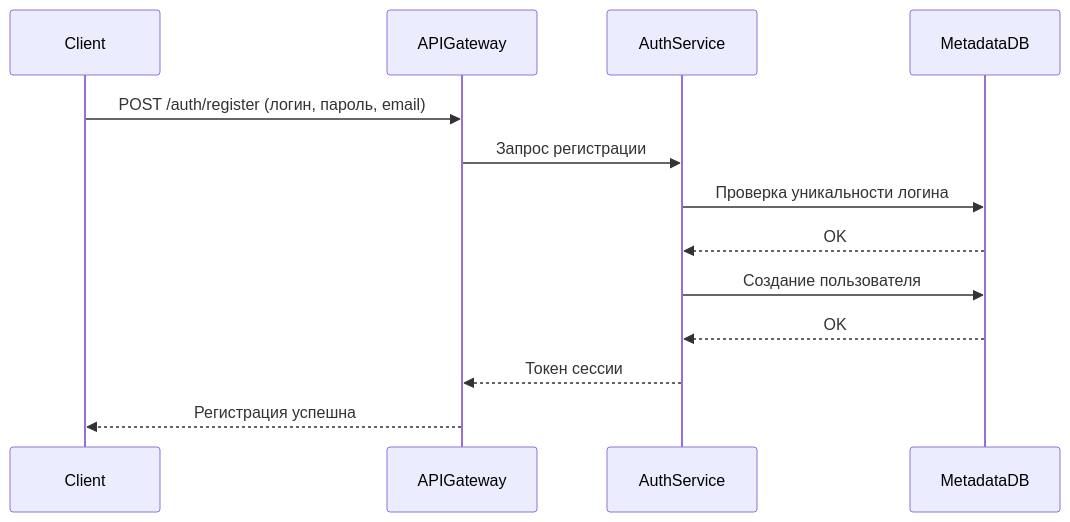
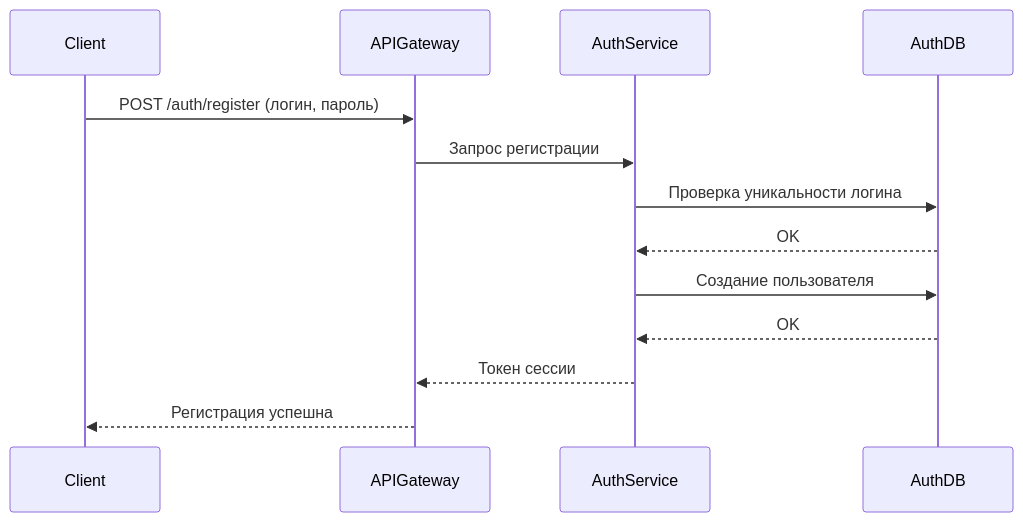
The second of 7 diagrams in docs/tr.md (spbu-ds-practicum-2025/vanya-and-co), drawn with Mermaid before and after one commit. The commit also changed other lines of this file, not shown here.

````diff
--- a/docs/tr.md
+++ b/docs/tr.md
@@ -148,16 +156,16 @@
 ```mermaid
 sequenceDiagram
   participant Client
   participant APIGateway
   participant AuthService
-  participant MetadataDB
+  participant AuthDB
 
-  Client->>APIGateway: POST /auth/register (логин, пароль, email)
+  Client->>APIGateway: POST /auth/register (логин, пароль)
   APIGateway->>AuthService: Запрос регистрации
-  AuthService->>MetadataDB: Проверка уникальности логина
-  MetadataDB-->>AuthService: OK
-  AuthService->>MetadataDB: Создание пользователя
-  MetadataDB-->>AuthService: OK
+  AuthService->>AuthDB: Проверка уникальности логина
+  AuthDB-->>AuthService: OK
+  AuthService->>AuthDB: Создание пользователя
+  AuthDB-->>AuthService: OK
   AuthService-->>APIGateway: Токен сессии
   APIGateway-->>Client: Регистрация успешна
 ```
````
